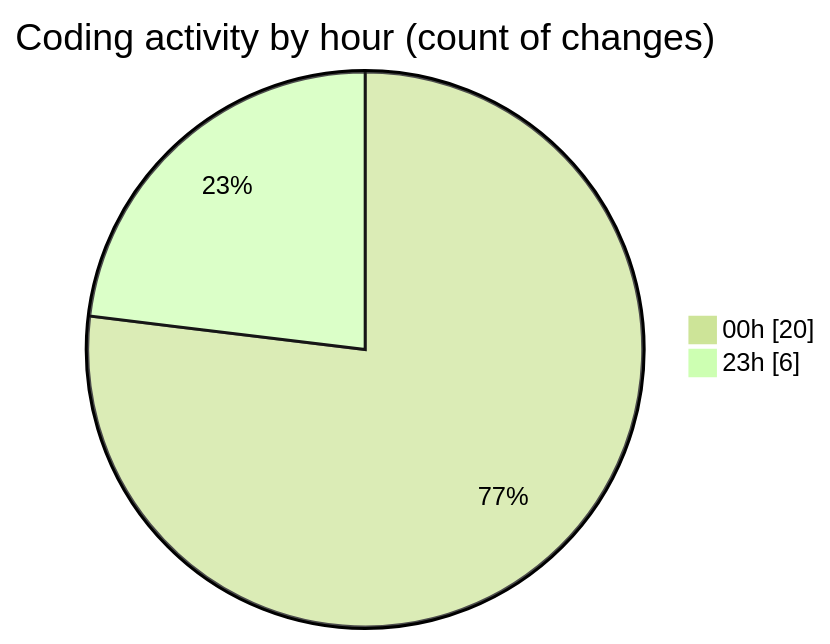
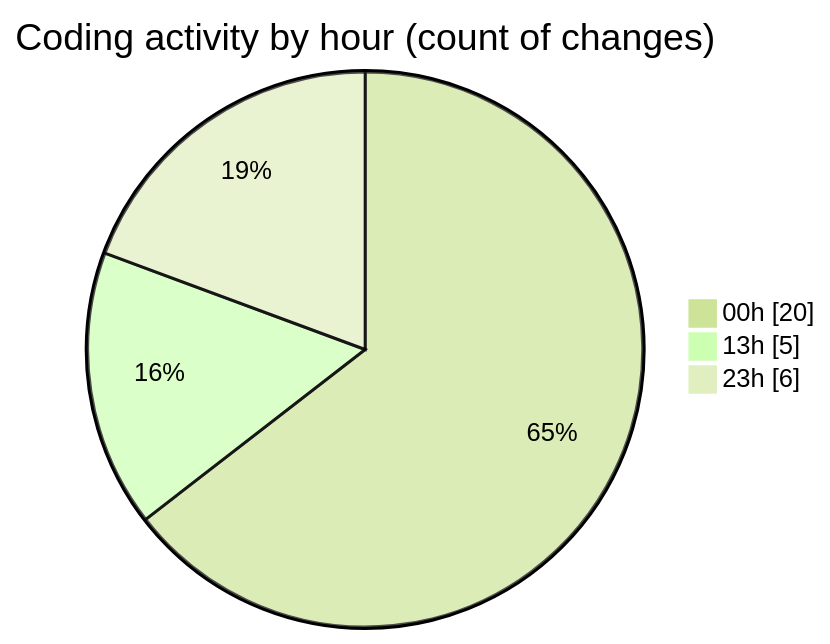
Before and after one commit to MatusMokan/code-tracking: the second of 2 diagrams in 2025-02-26/myws__workspace_/README.md, drawn with Mermaid (forest theme). The commit also changed other lines of this file and 1 other file, not shown here.

````diff
--- a/2025-02-26/myws__workspace_/README.md
+++ b/2025-02-26/myws__workspace_/README.md
@@ -28,6 +29,7 @@
 ```mermaid
 pie showData
 title Coding activity by hour (count of changes)
 "00h" : 20
+"13h" : 5
 "23h" : 6
 ```
````
